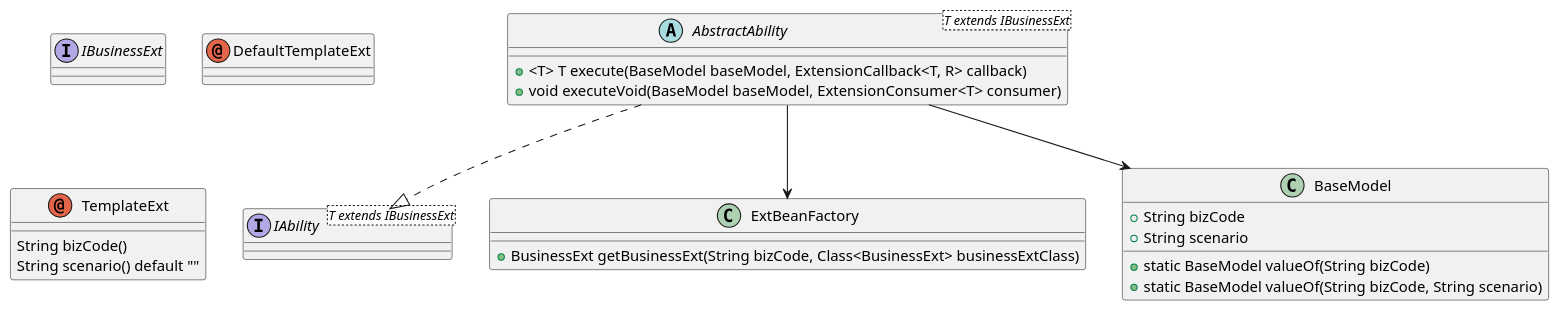
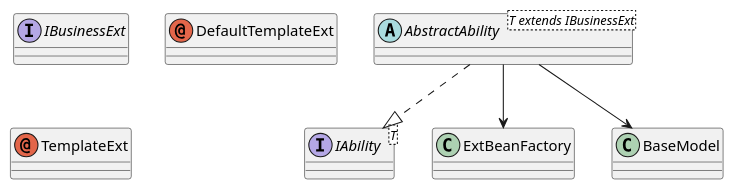
Before and after one commit to sumo1/easy-spi: the diagram in README.md, drawn with PlantUML. The commit also changed other lines of this file, not shown here.

````diff
--- a/README.md
+++ b/README.md
@@ -208,33 +126,17 @@
 ```plantuml
 @startuml
-abstract class AbstractAbility<T extends IBusinessExt> {
-    + <T> T execute(BaseModel baseModel, ExtensionCallback<T, R> callback)
-    + void executeVoid(BaseModel baseModel, ExtensionConsumer<T> consumer)
-}
-
-interface IAbility<T extends IBusinessExt>
-
+abstract class AbstractAbility<T extends IBusinessExt>
+interface IAbility<T>
 interface IBusinessExt
 
-class ExtBeanFactory {
-    + BusinessExt getBusinessExt(String bizCode, Class<BusinessExt> businessExtClass)
-}
-
-class BaseModel {
-    + String bizCode
-    + String scenario
-    + static BaseModel valueOf(String bizCode)
-    + static BaseModel valueOf(String bizCode, String scenario)
-}
+class ExtBeanFactory
+class BaseModel
 
 annotation DefaultTemplateExt
-annotation TemplateExt {
-    String bizCode()
-    String scenario() default ""
-}
+annotation TemplateExt
 
 AbstractAbility ..|> IAbility
 AbstractAbility --> ExtBeanFactory
 AbstractAbility --> BaseModel
 @enduml
 ```
````
